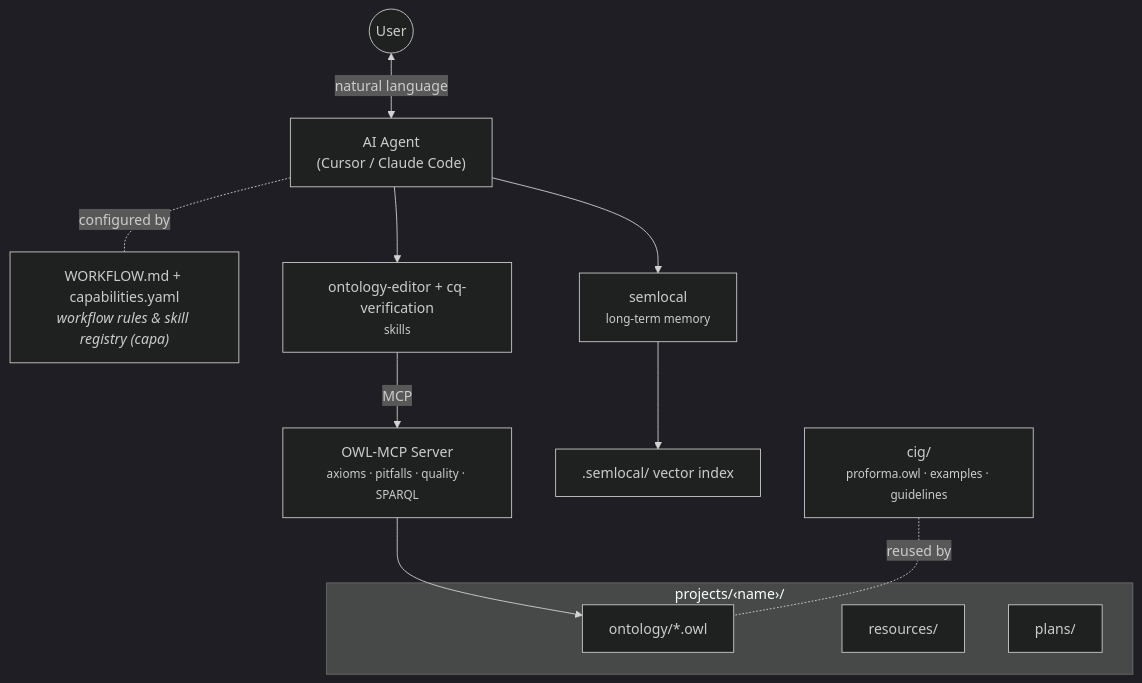
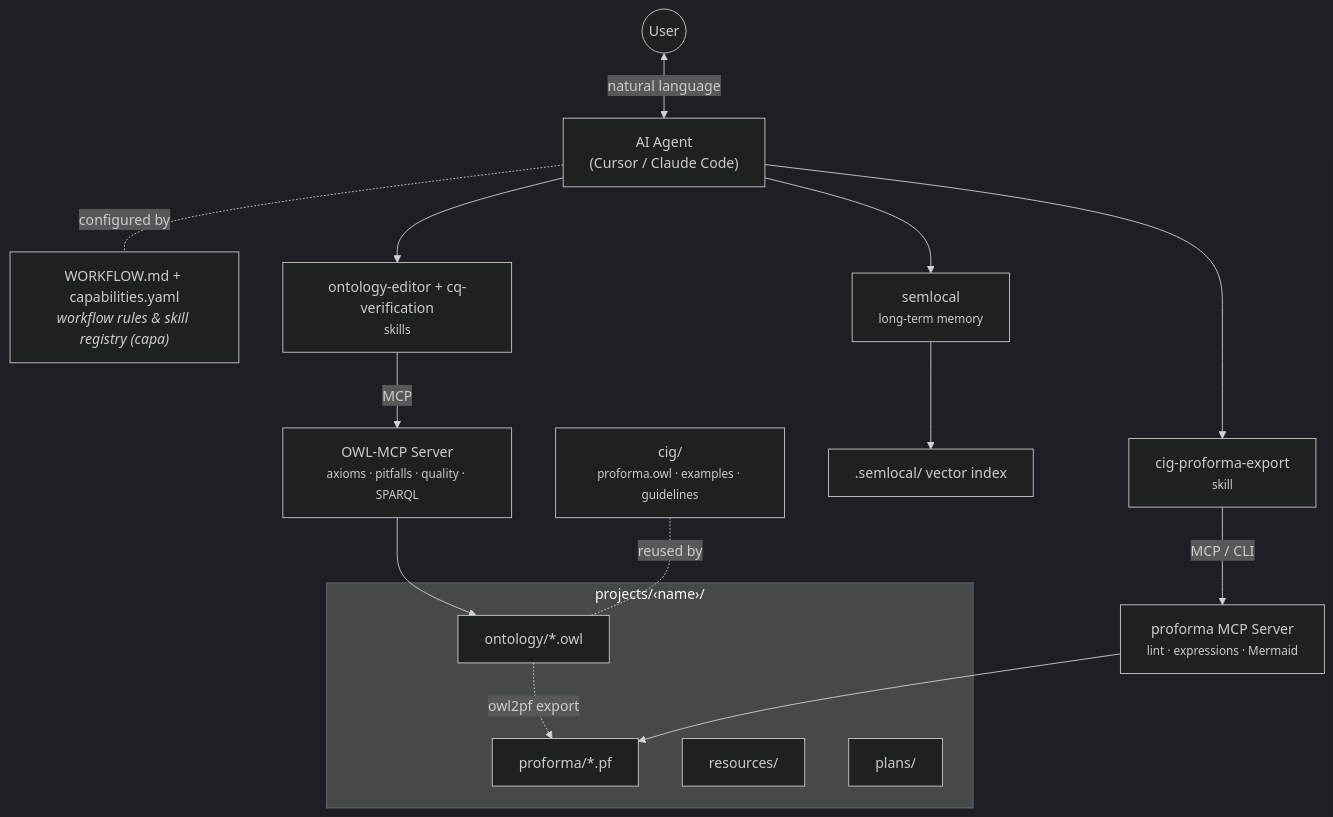
The diagram in README.md (MorPeleg/agentic-cig-monitoring-development-kit), drawn with Mermaid (dark theme) before and after one commit. The commit also changed other lines of this file and 9 other files, not shown here.

First line of the commit message:
Add PROforma export (proforma CLI/MCP) for CIG ontologies

````diff
--- a/README.md
+++ b/README.md
@@ -9,24 +9,30 @@
 ```mermaid
 flowchart TB
     User(("User"))
 
     User <-->|natural language| Agent["AI Agent<br/>(Cursor / Claude Code)"]
 
     Agent -.-|configured by| Config["WORKFLOW.md &plus; capabilities.yaml<br/><i>workflow rules &amp; skill registry (capa)</i>"]
 
     Agent --> Editing["ontology-editor &plus; cq-verification<br/><small>skills</small>"]
     Agent --> Memory["semlocal<br/><small>long-term memory</small>"]
+    Agent --> Export["cig-proforma-export<br/><small>skill</small>"]
 
     Editing -->|MCP| MCP["OWL-MCP Server<br/><small>axioms · pitfalls · quality · SPARQL</small>"]
     Memory --> Idx[".semlocal/ vector index"]
 
     MCP --> OWL
 
+    Export -->|MCP / CLI| PFMCP["proforma MCP Server<br/><small>lint · expressions · Mermaid</small>"]
+    OWL -.->|owl2pf export| PF
+    PFMCP --> PF
+
     subgraph Project ["projects/‹name›/"]
         OWL["ontology/*.owl"]
         Res["resources/"]
         Plans["plans/"]
+        PF["proforma/*.pf"]
     end
 
     CIG["cig/<br/><small>proforma.owl · examples · guidelines</small>"] -.-|reused by| OWL
 ```
````
